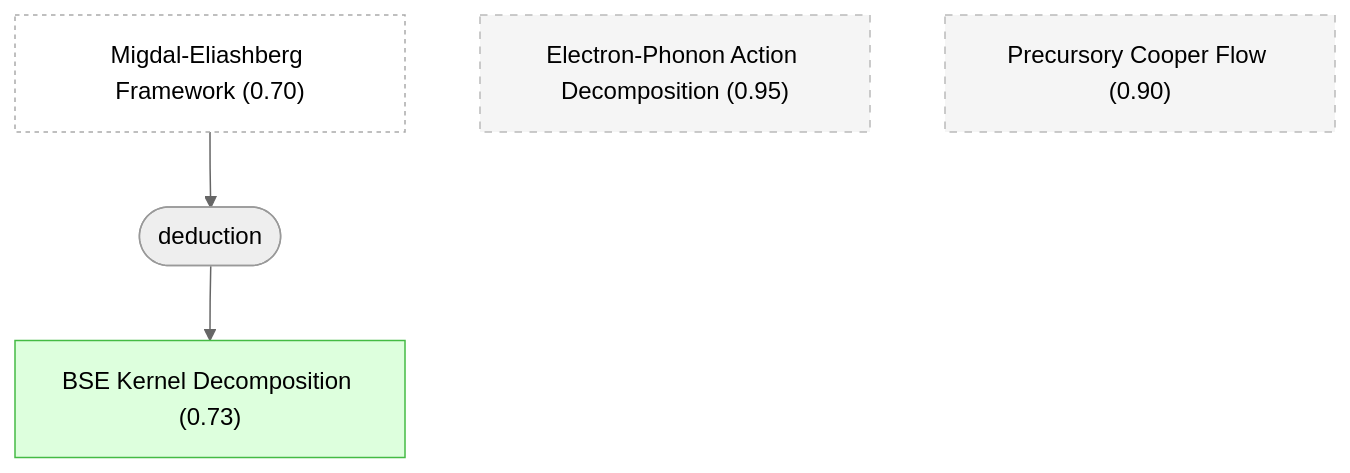
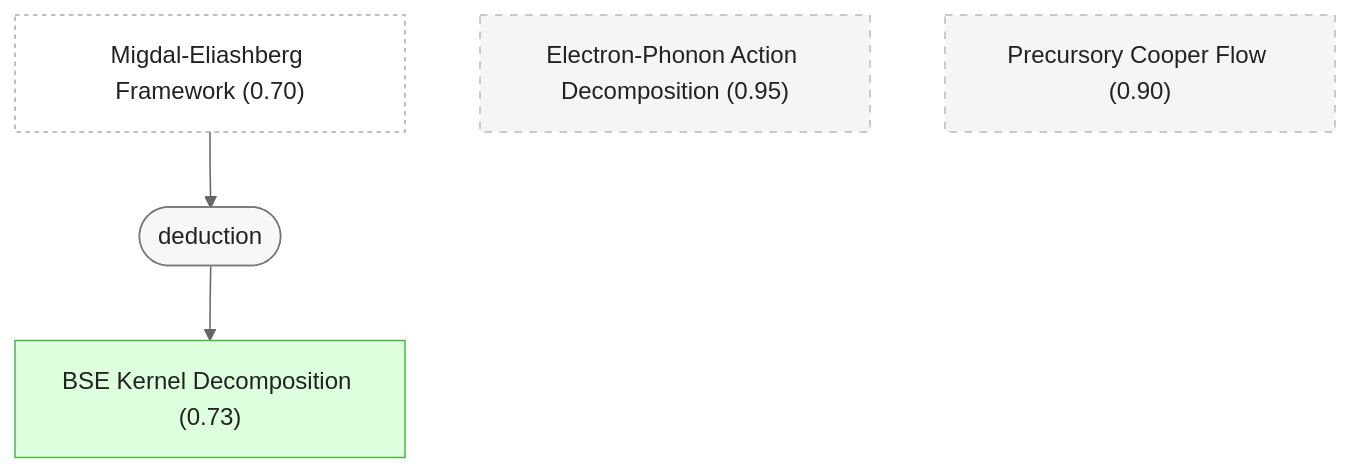
The second of 6 diagrams in README.md (kunyuan/SuperconductivityElectronLiquids.gaia), drawn with Mermaid (neutral theme) before and after one commit. The commit also changed other lines of this file, not shown here.

Commit message:
docs: darken Mermaid text in README

````diff
--- a/README.md
+++ b/README.md
@@ -195,20 +197,22 @@
 ```mermaid
 graph TD
     me_framework["Migdal-Eliashberg Framework (0.70)"]:::external
     electron_phonon_action["Electron-Phonon Action Decomposition (0.95)"]:::background
     bse_kernel_decomposition["BSE Kernel Decomposition (0.73)"]:::derived
     precursory_cooper_flow["Precursory Cooper Flow (0.90)"]:::background
-    strat_1(["deduction"])
+    strat_1(["deduction"]):::strategy
     me_framework --> strat_1
     strat_1 --> bse_kernel_decomposition
 
-    classDef setting fill:#f0f0f0,stroke:#999
-    classDef premise fill:#ddeeff,stroke:#4488bb
-    classDef derived fill:#ddffdd,stroke:#44bb44
-    classDef question fill:#fff3dd,stroke:#cc9944
-    classDef background fill:#f5f5f5,stroke:#bbb,stroke-dasharray: 5 5
-    classDef orphan fill:#fff,stroke:#ccc,stroke-dasharray: 5 5
-    classDef external fill:#fff,stroke:#aaa,stroke-dasharray: 3 3
-    classDef weak fill:#fff9c4,stroke:#f9a825,stroke-dasharray: 5 5
-    classDef contra fill:#ffebee,stroke:#c62828
+    classDef setting fill:#f0f0f0,stroke:#999,color:#222
+    classDef premise fill:#ddeeff,stroke:#4488bb,color:#222
+    classDef derived fill:#ddffdd,stroke:#44bb44,color:#222
+    classDef question fill:#fff3dd,stroke:#cc9944,color:#222
+    classDef background fill:#f5f5f5,stroke:#bbb,stroke-dasharray: 5 5,color:#222
+    classDef orphan fill:#fff,stroke:#ccc,stroke-dasharray: 5 5,color:#222
+    classDef external fill:#fff,stroke:#aaa,stroke-dasharray: 3 3,color:#222
+    classDef strategy fill:#f7f7f7,stroke:#777,color:#222
+    classDef operator fill:#f7f7f7,stroke:#777,color:#222
+    classDef weak fill:#fff9c4,stroke:#f9a825,stroke-dasharray: 5 5,color:#222
+    classDef contra fill:#ffebee,stroke:#c62828,color:#222
 ```
````
